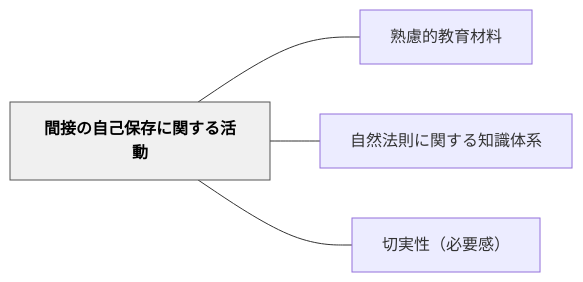
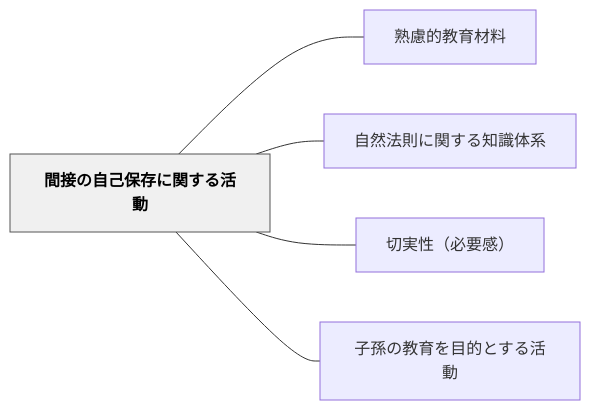
Before and after one commit to unknownthings-ed-patterns/unknownthings-ed-patterns: the diagram in content/パタン/間接の自己保存に関する活動.md, drawn with Mermaid. The commit also changed other lines of this file and 100 other files, not shown here.

````diff
--- a/content/パタン/間接の自己保存に関する活動.md
+++ b/content/パタン/間接の自己保存に関する活動.md
@@ -43,14 +44,16 @@
 ```mermaid
 flowchart LR
     ne99693e68ea5e381aee887aae5b7b1e4bf9de5ad98e381abe996a2e38199e3828be6b4bbe58b95["間接の自己保存に関する活動"]
     ne7869fe685aee79a84e69599e882b2e69d90e69699["熟慮的教育材料"]
     ne887aae784b6e6b395e58987e381abe996a2e38199e3828be79fa5e8ad98e4bd93e7b3bb["自然法則に関する知識体系"]
     ne58887e5ae9fe680a7efbc88e5bf85e8a681e6849fefbc89["切実性（必要感）"]
+    ne5ad90e5adabe381aee69599e882b2e38292e79baee79a84e381a8e38199e3828be6b4bbe58b95["子孫の教育を目的とする活動"]
 
     ne99693e68ea5e381aee887aae5b7b1e4bf9de5ad98e381abe996a2e38199e3828be6b4bbe58b95 --- ne7869fe685aee79a84e69599e882b2e69d90e69699
     ne99693e68ea5e381aee887aae5b7b1e4bf9de5ad98e381abe996a2e38199e3828be6b4bbe58b95 --- ne887aae784b6e6b395e58987e381abe996a2e38199e3828be79fa5e8ad98e4bd93e7b3bb
     ne99693e68ea5e381aee887aae5b7b1e4bf9de5ad98e381abe996a2e38199e3828be6b4bbe58b95 --- ne58887e5ae9fe680a7efbc88e5bf85e8a681e6849fefbc89
+    ne99693e68ea5e381aee887aae5b7b1e4bf9de5ad98e381abe996a2e38199e3828be6b4bbe58b95 --- ne5ad90e5adabe381aee69599e882b2e38292e79baee79a84e381a8e38199e3828be6b4bbe58b95
 
     classDef hub fill:#f0f0f0,stroke:#555,color:#000,font-weight:bold
     class ne99693e68ea5e381aee887aae5b7b1e4bf9de5ad98e381abe996a2e38199e3828be6b4bbe58b95 hub
 ```
````
